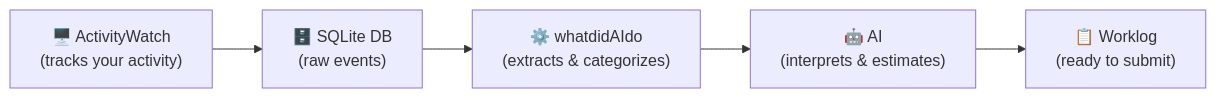
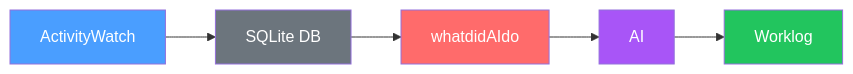
One commit to quickstar/whatdidAIdo changed the diagram in README.md. Above: the diagram before and after it, drawn with Mermaid.

Commit message:
fix mermaid diagram rendering on GitHub
Remove emojis and newlines from node labels that broke rendering.
Add color styling instead.

````diff
--- a/README.md
+++ b/README.md
@@ -9,10 +9,10 @@
 ```mermaid
 flowchart LR
-    AW["🖥️ ActivityWatch\n(tracks your activity)"]
-    DB["🗄️ SQLite DB\n(raw events)"]
-    WDAID["⚙️ whatdidAIdo\n(extracts & categorizes)"]
-    AI["🤖 AI\n(interprets & estimates)"]
-    WL["📋 Worklog\n(ready to submit)"]
+    AW[ActivityWatch] --> DB[SQLite DB] --> WDAID[whatdidAIdo] --> AI[AI] --> WL[Worklog]
 
-    AW --> DB --> WDAID --> AI --> WL
+    style AW fill:#4a9eff,color:#fff
+    style DB fill:#6c757d,color:#fff
+    style WDAID fill:#ff6b6b,color:#fff
+    style AI fill:#a855f7,color:#fff
+    style WL fill:#22c55e,color:#fff
 ```
````
